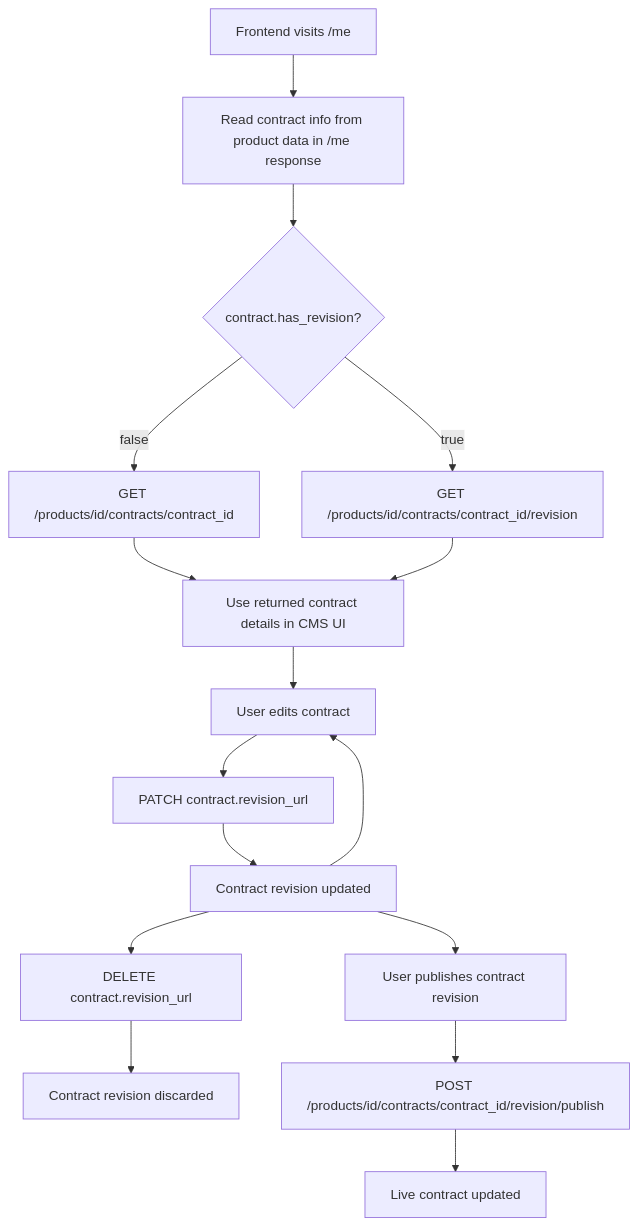
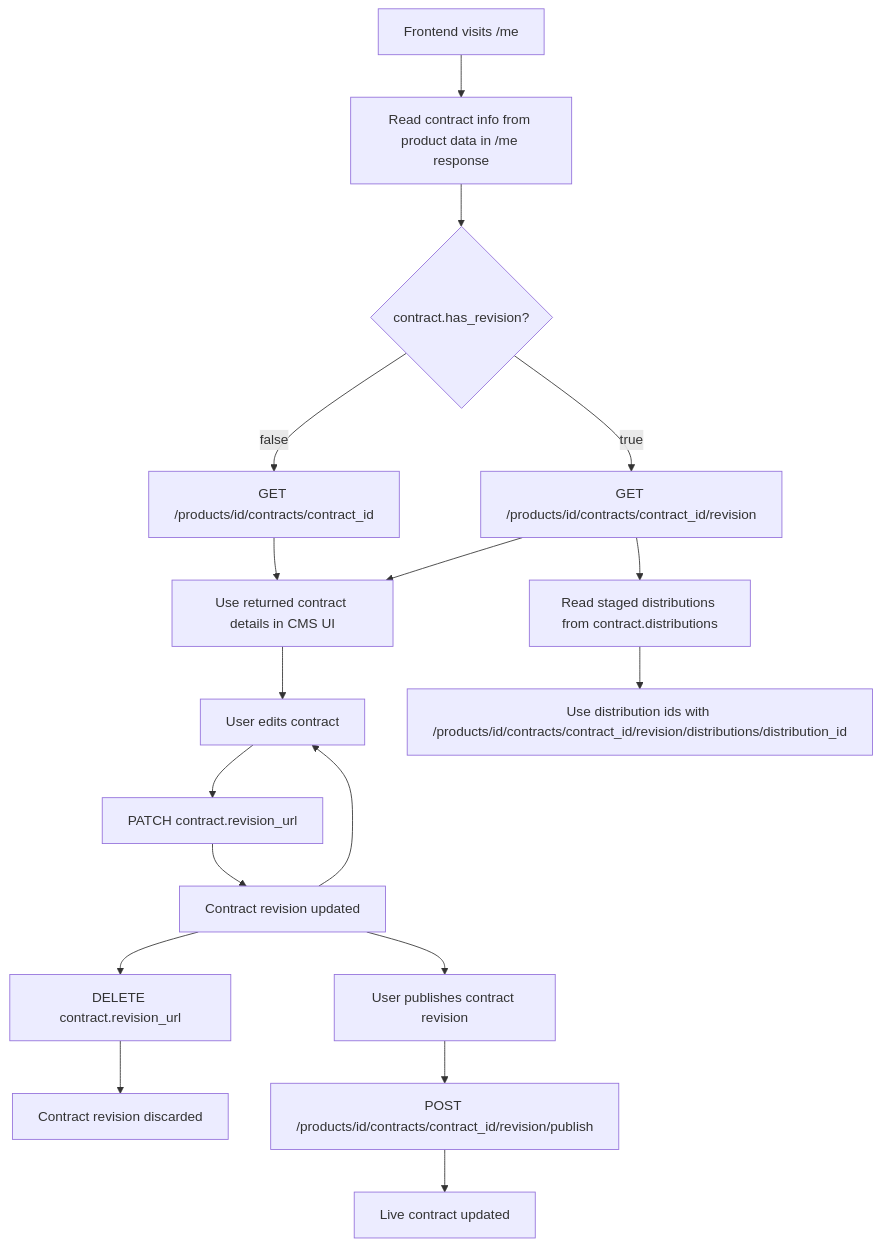
Before and after one commit to Amsterdam/beheeromgeving-catalogus: the diagram in src/docs/frontend-contract-revision-workflow.md, drawn with Mermaid. The commit also changed other lines of this file and 2 other files, not shown here.

````diff
--- a/src/docs/frontend-contract-revision-workflow.md
+++ b/src/docs/frontend-contract-revision-workflow.md
@@ -3,23 +3,26 @@
 ```mermaid
 flowchart TD
     A[Frontend visits /me] --> B[Read contract info from product data in /me response]
     B --> C{contract.has_revision?}
 
     C -- false --> D[GET /products/id/contracts/contract_id]
     C -- true --> E[GET /products/id/contracts/contract_id/revision]
 
     D --> F[Use returned contract details in CMS UI]
     E --> F
 
     F --> G[User edits contract]
     G --> H[PATCH contract.revision_url]
     H --> I[Contract revision updated]
 
+    E --> O[Read staged distributions from contract.distributions]
+    O --> P[Use distribution ids with /products/id/contracts/contract_id/revision/distributions/distribution_id]
+
     I --> G
     I --> M[DELETE contract.revision_url]
     M --> N[Contract revision discarded]
 
     I --> J[User publishes contract revision]
     J --> K[POST /products/id/contracts/contract_id/revision/publish]
     K --> L[Live contract updated]
 ```
````
